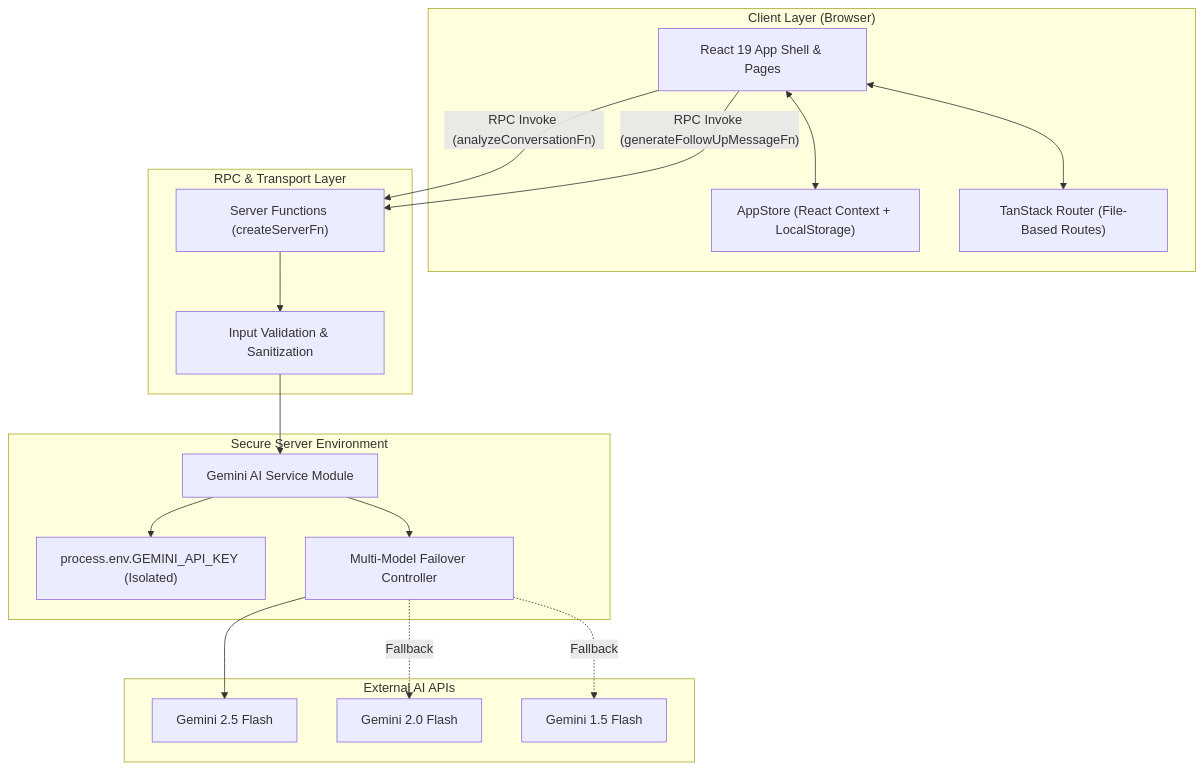
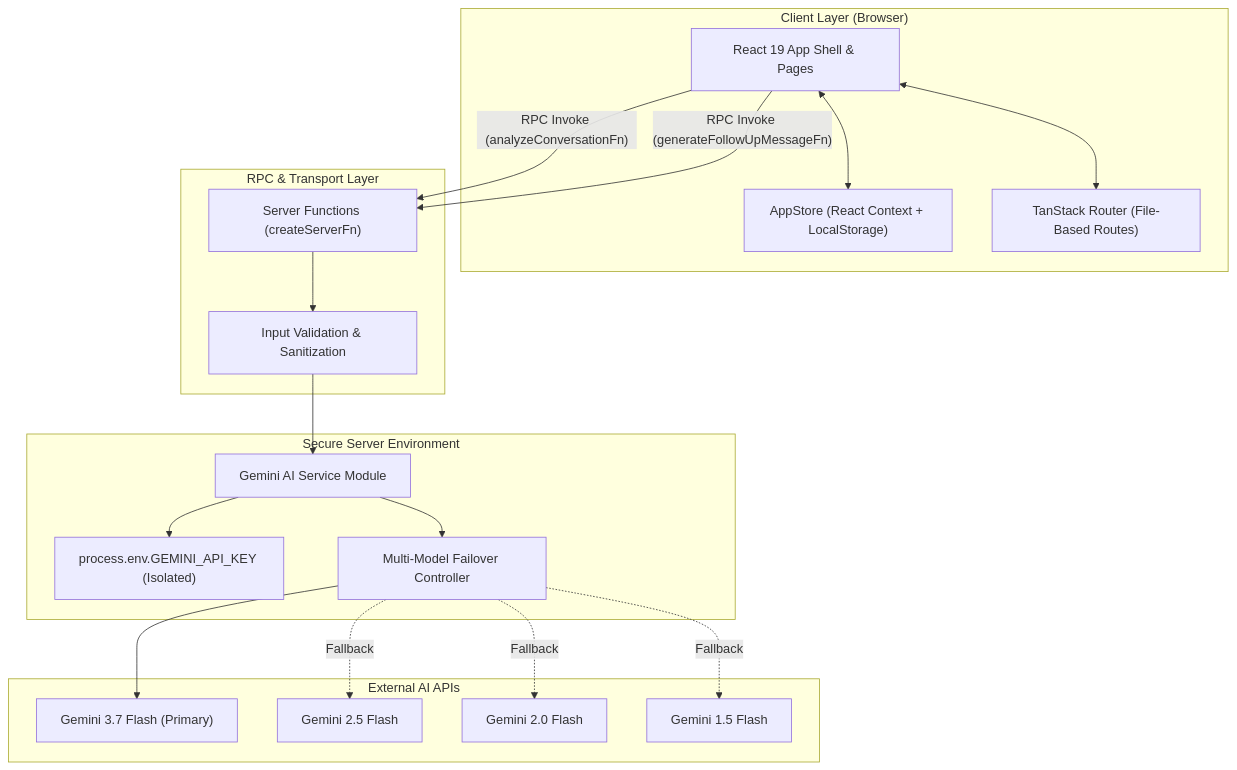
Before and after one commit to VIJAYAPANDIANT/followflow-ai: the diagram in README.md, drawn with Mermaid. The commit also changed other lines of this file and 1 other file, not shown here.

Commit message:
feat: upgrade Gemini model pipeline to prioritize gemini-3.7-flash with fallback failover

````diff
--- a/README.md
+++ b/README.md
@@ -30,37 +30,39 @@
 ```mermaid
 flowchart TD
     subgraph Client ["Client Layer (Browser)"]
         UI["React 19 App Shell & Pages"]
         Store["AppStore (React Context + LocalStorage)"]
         Router["TanStack Router (File-Based Routes)"]
     end
 
     subgraph RPC ["RPC & Transport Layer"]
         ServerFn["Server Functions (createServerFn)"]
         Validator["Input Validation & Sanitization"]
     end
 
     subgraph Server ["Secure Server Environment"]
         Env["process.env.GEMINI_API_KEY (Isolated)"]
         AiEngine["Gemini AI Service Module"]
         Failover["Multi-Model Failover Controller"]
     end
 
     subgraph External ["External AI APIs"]
+        G37["Gemini 3.7 Flash (Primary)"]
         G25["Gemini 2.5 Flash"]
         G20["Gemini 2.0 Flash"]
         G15["Gemini 1.5 Flash"]
     end
 
     UI <--> Store
     UI <--> Router
     UI -- "RPC Invoke (analyzeConversationFn)" --> ServerFn
     UI -- "RPC Invoke (generateFollowUpMessageFn)" --> ServerFn
     ServerFn --> Validator
     Validator --> AiEngine
     AiEngine --> Env
     AiEngine --> Failover
-    Failover --> G25
+    Failover --> G37
+    Failover -. "Fallback" .-> G25
     Failover -. "Fallback" .-> G20
     Failover -. "Fallback" .-> G15
 ```
````
